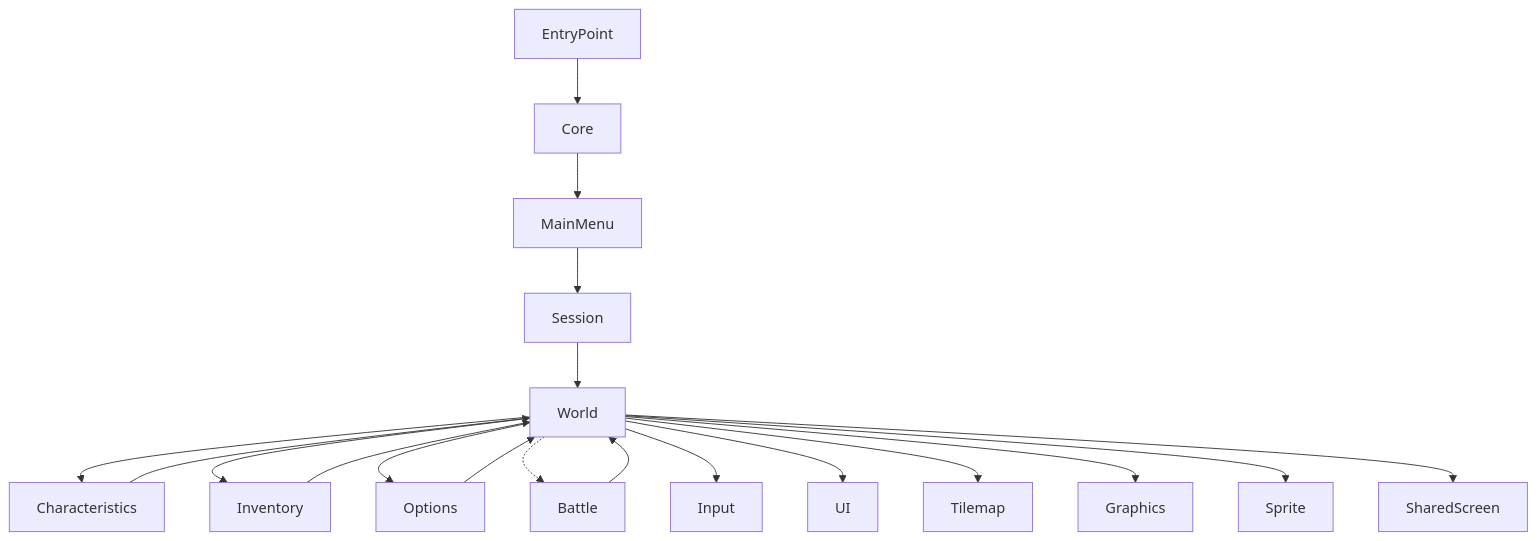
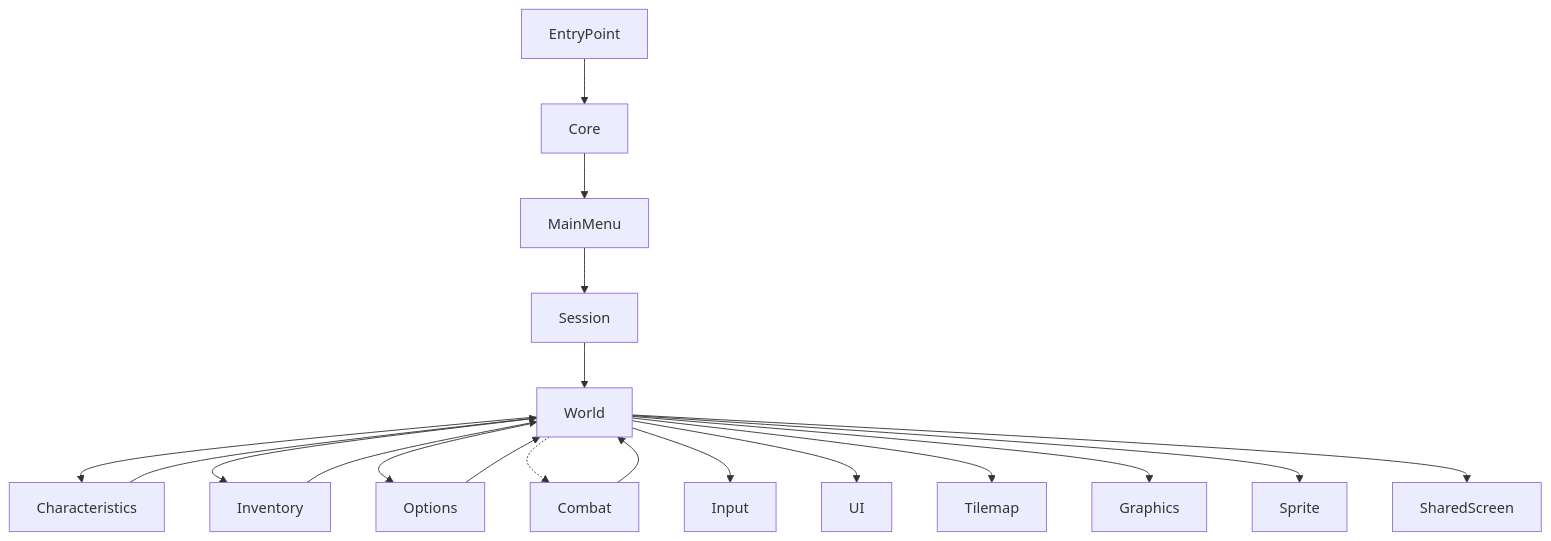
Before and after one commit to DeadlyKom/HoMM: the diagram in Docs/Architecture/04_Source_Runtime_and_Modules.md, drawn with Mermaid. The commit also changed other lines of this file and 240 other files, not shown here.

````diff
--- a/Docs/Architecture/04_Source_Runtime_and_Modules.md
+++ b/Docs/Architecture/04_Source_Runtime_and_Modules.md
@@ -355,22 +355,22 @@
 ```mermaid
 flowchart TD
     EntryPoint --> Core
     Core --> MainMenu
     MainMenu --> Session
     Session --> World
     World --> Characteristics
     World --> Inventory
     World --> Options
-    World -.-> Battle
+    World -.-> Combat
     Characteristics --> World
     Inventory --> World
     Options --> World
-    Battle --> World
+    Combat --> World
 
     World --> Input
     World --> UI
     World --> Tilemap
     World --> Graphics
     World --> Sprite
     World --> SharedScreen
 ```
````
